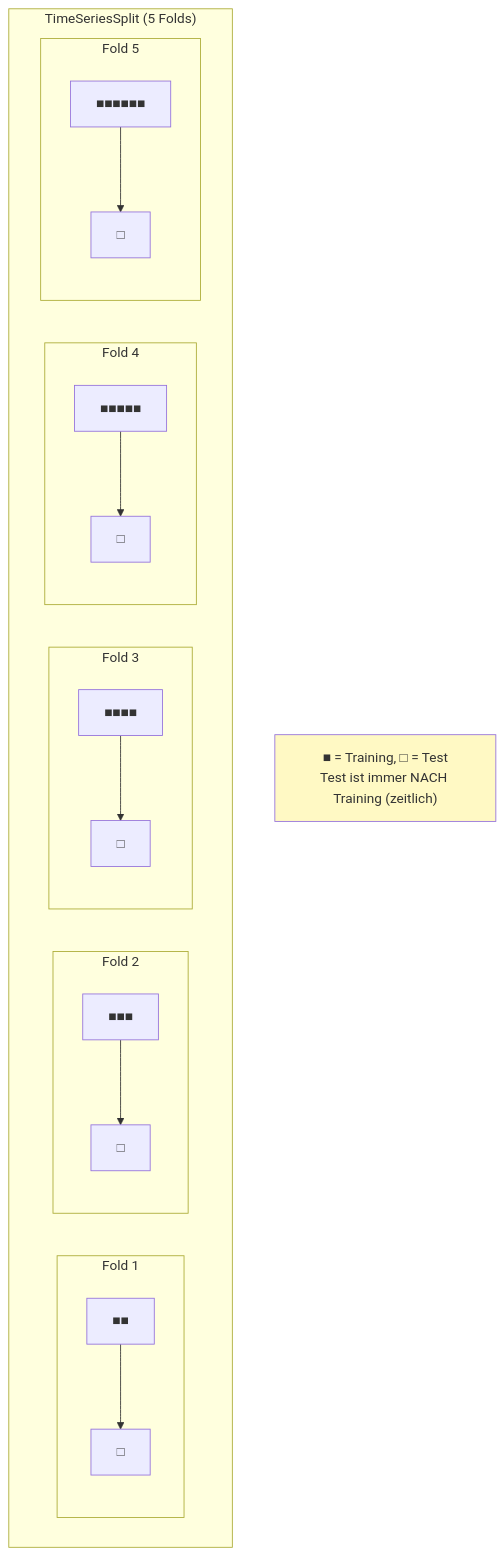
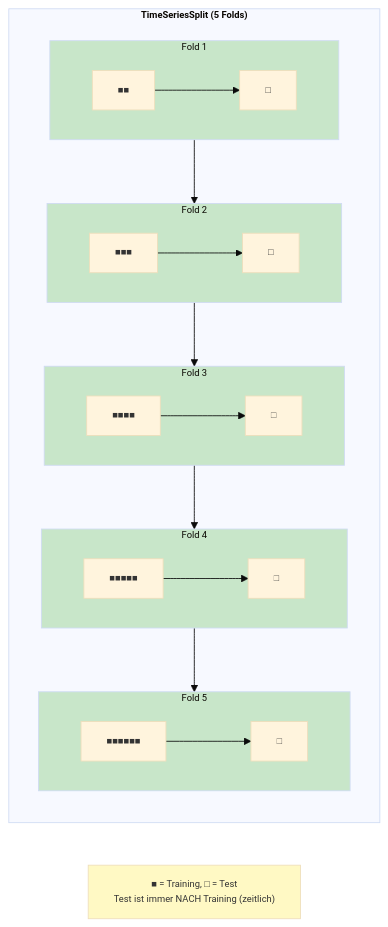
Before and after one commit to ralf-42/ML_Intro: the fifth of 9 diagrams in docs/concepts/evaluate/cross_validation.md, drawn with Mermaid. The commit also changed other lines of this file and 24 other files, not shown here.

````diff
--- a/docs/concepts/evaluate/cross_validation.md
+++ b/docs/concepts/evaluate/cross_validation.md
@@ -379,24 +389,36 @@
 ```mermaid
-flowchart TB
-    subgraph ts["TimeSeriesSplit (5 Folds)"]
+%%{init: {'theme': 'base', 'themeVariables': {'fontSize': '11px'}}}%%
+flowchart LR
+    subgraph ts["<b>TimeSeriesSplit (5 Folds)</b>"]
         subgraph f1["Fold 1"]
             T1["■■"] --> TE1["□"]
         end
         subgraph f2["Fold 2"]
             T2["■■■"] --> TE2["□"]
         end
         subgraph f3["Fold 3"]
             T3["■■■■"] --> TE3["□"]
         end
         subgraph f4["Fold 4"]
             T4["■■■■■"] --> TE4["□"]
         end
         subgraph f5["Fold 5"]
             T5["■■■■■■"] --> TE5["□"]
         end
     end
     
+        
+    %% Erzwingt Links → Rechts
+    f1 --> f2 --> f3 --> f4 --> f5
+    
     note["■ = Training, □ = Test<br/>Test ist immer NACH Training (zeitlich)"]
+    
+    
+    style f1 fill:#c8e6c9
+    style f2 fill:#c8e6c9
+	style f3 fill:#c8e6c9
+	style f4 fill:#c8e6c9
+	style f5 fill:#c8e6c9
     
     style note fill:#fff9c4
 ```
````
